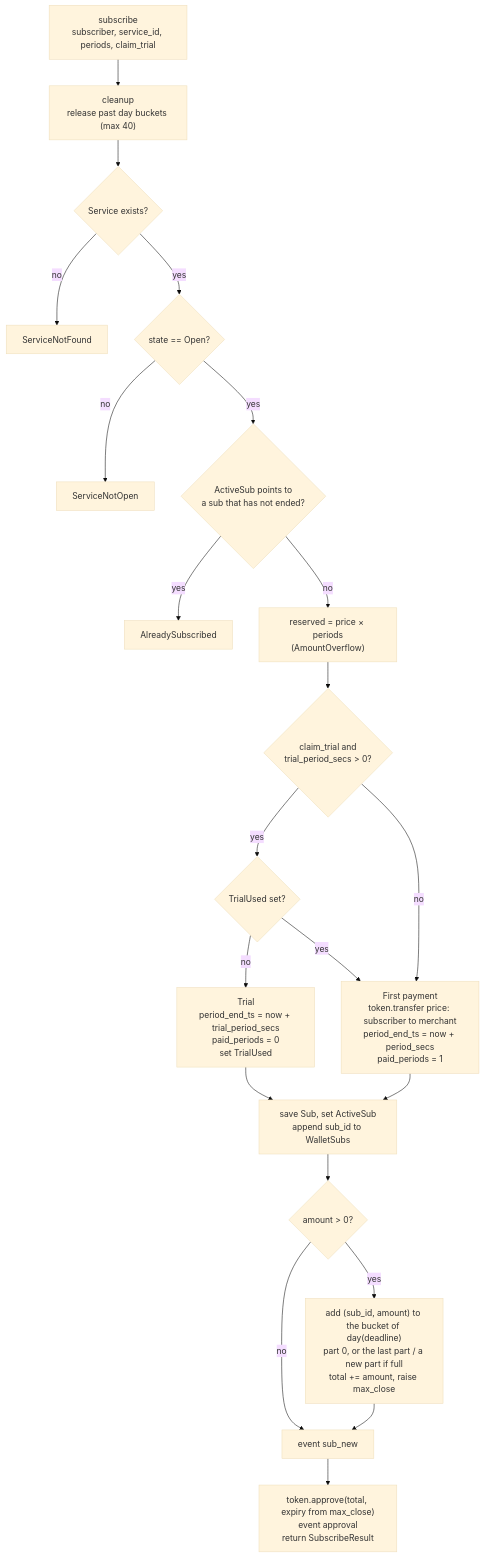
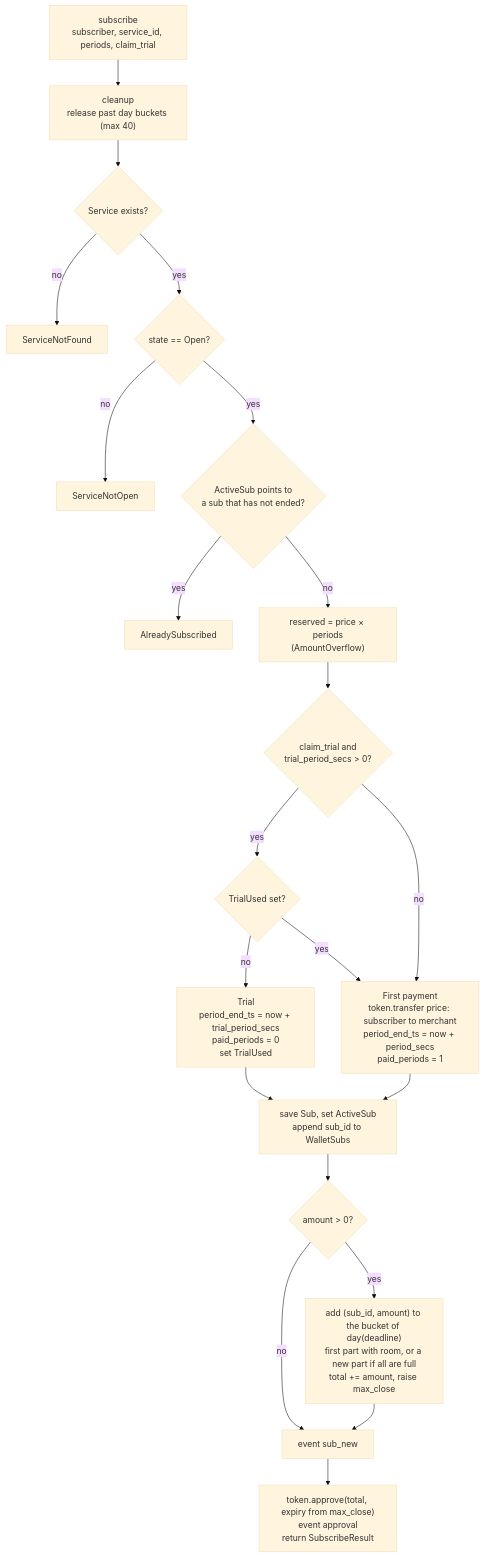
Before and after one commit to PiNetwork/PiRC: the second of 5 diagrams in PiRC2/2-overview.md, drawn with Mermaid (base theme). The commit also changed other lines of this file and 3 other files, not shown here.

````diff
--- a/PiRC2/2-overview.md
+++ b/PiRC2/2-overview.md
@@ -57,23 +57,23 @@
 ```mermaid
 flowchart TD
   A[subscribe<br/>subscriber, service_id, periods, claim_trial] --> CL["cleanup<br/>release past day buckets (max 40)"]
   CL --> B{Service exists?}
   B -- no --> E1[ServiceNotFound]
   B -- yes --> C{state == Open?}
   C -- no --> E2[ServiceNotOpen]
   C -- yes --> D{ActiveSub points to<br/>a sub that has not ended?}
   D -- yes --> E3[AlreadySubscribed]
   D -- no --> RS["reserved = price × periods<br/>(AmountOverflow)"]
   RS --> H{claim_trial and<br/>trial_period_secs > 0?}
   H -- yes --> I{TrialUsed set?}
   I -- no --> T["Trial<br/>period_end_ts = now + trial_period_secs<br/>paid_periods = 0<br/>set TrialUsed"]
   I -- yes --> P
   H -- no --> P["First payment<br/>token.transfer price: subscriber to merchant<br/>period_end_ts = now + period_secs<br/>paid_periods = 1"]
   T --> R["save Sub, set ActiveSub<br/>append sub_id to WalletSubs"]
   P --> R
   R --> K{amount > 0?}
-  K -- yes --> BK["add (sub_id, amount) to the bucket of day(deadline)<br/>part 0, or the last part / a new part if full<br/>total += amount, raise max_close"]
+  K -- yes --> BK["add (sub_id, amount) to the bucket of day(deadline)<br/>first part with room, or a new part if all are full<br/>total += amount, raise max_close"]
   K -- no --> EV
   BK --> EV[event sub_new]
   EV --> AP["token.approve(total, expiry from max_close)<br/>event approval<br/>return SubscribeResult"]
 ```
````
